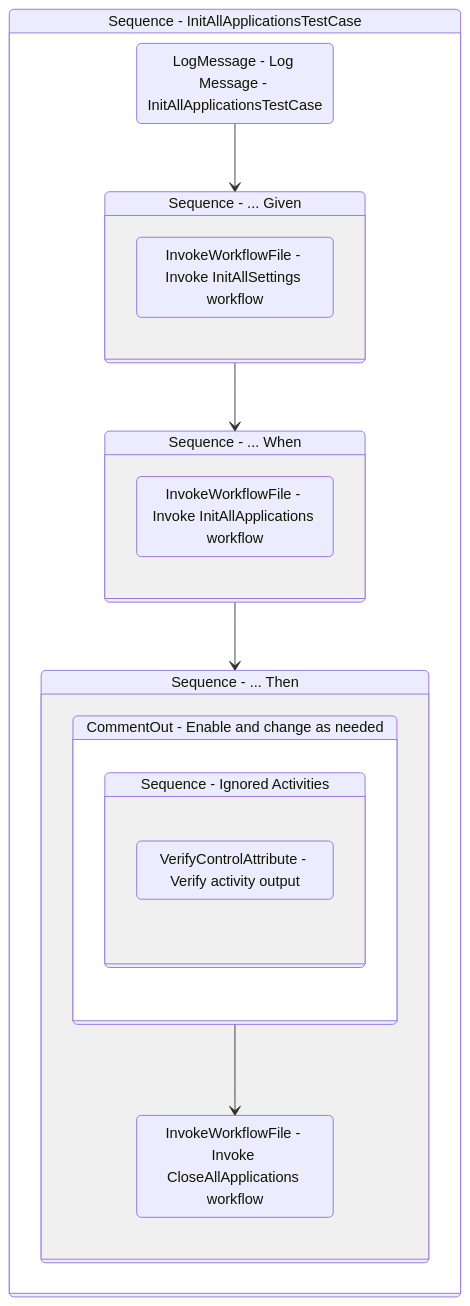
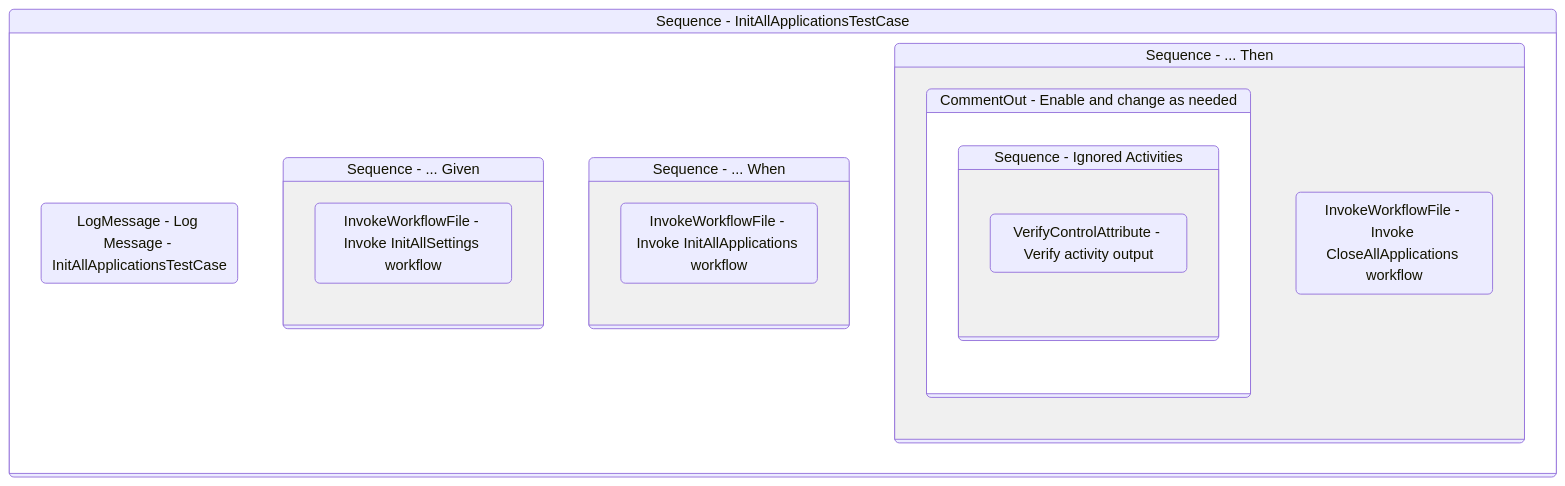
One commit to yashbrahmbhatt/LazyFramework changed the diagram in Documentation/.templates/Performers/REFramework/Tests/InitAllApplicationsTestCase.md. Above: the diagram before and after it, drawn with Mermaid. The commit also changed 72 other files, not shown here.

````diff
--- a/Documentation/.templates/Performers/REFramework/Tests/InitAllApplicationsTestCase.md
+++ b/Documentation/.templates/Performers/REFramework/Tests/InitAllApplicationsTestCase.md
@@ -121,40 +121,39 @@
 ```mermaid
 stateDiagram-v2
 
 
 Sequence_1: Sequence - InitAllApplicationsTestCase
 state Sequence_1 {
 direction TB
 LogMessage_1 : LogMessage - Log Message - InitAllApplicationsTestCase
-LogMessage_1 --> Sequence_2
+
 Sequence_2: Sequence - ... Given
 state Sequence_2 {
 direction TB
 InvokeWorkflowFile_2 : InvokeWorkflowFile - Invoke InitAllSettings workflow
 }
-Sequence_2 --> Sequence_3
+
 Sequence_3: Sequence - ... When
 state Sequence_3 {
 direction TB
 InvokeWorkflowFile_1 : InvokeWorkflowFile - Invoke InitAllApplications workflow
 }
-Sequence_3 --> Sequence_4
+
 Sequence_4: Sequence - ... Then
 state Sequence_4 {
 direction TB
 
 CommentOut_1: CommentOut - Enable and change as needed
 state CommentOut_1 {
 direction TB
 
 Sequence_5: Sequence - Ignored Activities
 state Sequence_5 {
 direction TB
 VerifyControlAttribute_1 : VerifyControlAttribute - Verify activity output
 }
 }
 InvokeWorkflowFile_3 : InvokeWorkflowFile - Invoke CloseAllApplications workflow
-CommentOut_1 --> InvokeWorkflowFile_3
 }
 }
 ```
````
